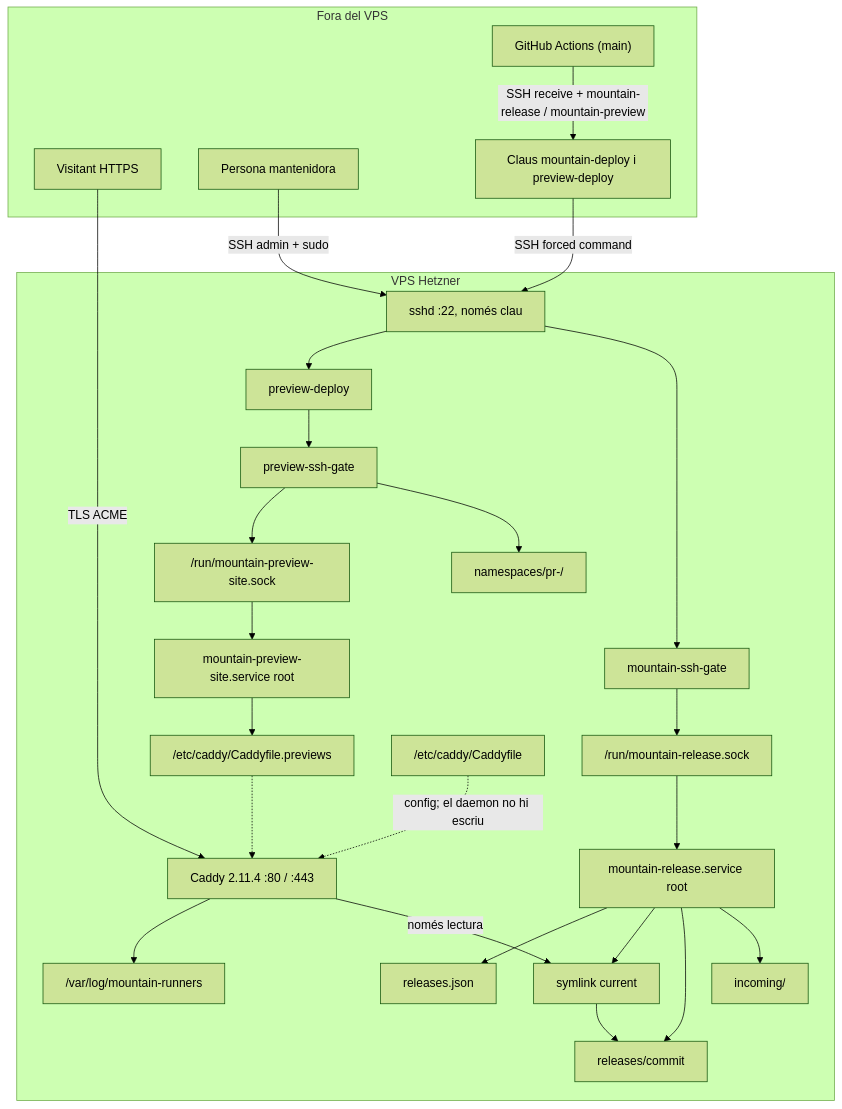
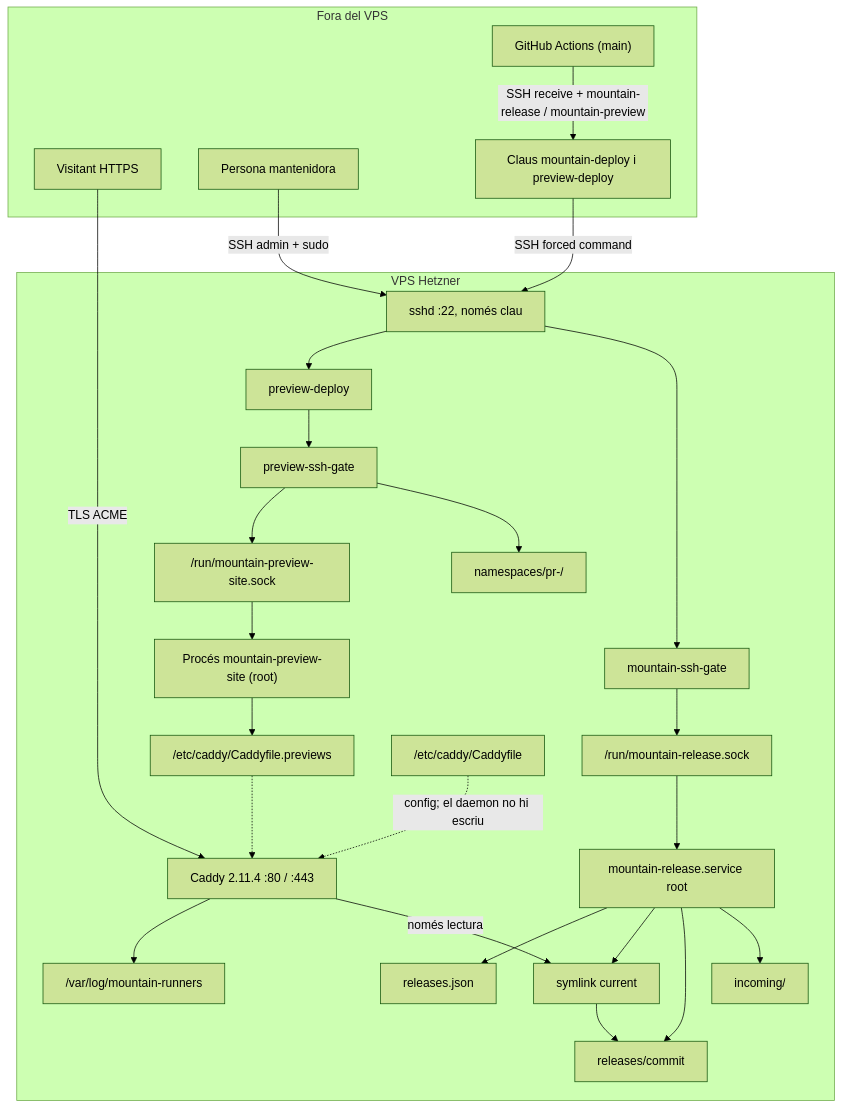
Before and after one commit to rboixaderg/mountain-runners: the first of 3 diagrams in docs/runbook.md, drawn with Mermaid (forest theme). The commit also changed other lines of this file and 22 other files, not shown here.

````diff
--- a/docs/runbook.md
+++ b/docs/runbook.md
@@ -73,52 +75,52 @@
 ```mermaid
 flowchart TB
   subgraph Fora["Fora del VPS"]
     Visitant["Visitant HTTPS"]
     Mantenidora["Persona mantenidora"]
     Actions["GitHub Actions (main)"]
     DeployKey["Claus mountain-deploy i preview-deploy"]
   end
 
   subgraph VPS["VPS Hetzner"]
     sshd["sshd :22, només clau"]
     Caddy["Caddy 2.11.4 :80 / :443"]
     Gate["mountain-ssh-gate"]
     Daemon["mountain-release.service root"]
     PreviewGate["preview-ssh-gate"]
     PreviewIdentity["preview-deploy"]
     PreviewNamespaces["namespaces/pr-<n>/"]
     PreviewSiteSock["/run/mountain-preview-site.sock"]
-    PreviewSiteDaemon["mountain-preview-site.service root"]
+    PreviewSiteProcess["Procés mountain-preview-site (root)"]
     PreviewCaddyfile["/etc/caddy/Caddyfile.previews"]
     Sock["/run/mountain-release.sock"]
     Current["symlink current"]
     Releases["releases/commit"]
     Incoming["incoming/"]
     Registry["releases.json"]
     Logs["/var/log/mountain-runners"]
     Caddyfile["/etc/caddy/Caddyfile"]
   end
 
   Visitant -->|"TLS ACME"| Caddy
   Caddy -->|"només lectura"| Current
   Current --> Releases
   Caddy --> Logs
   Caddyfile -.->|"config; el daemon no hi escriu"| Caddy
   Mantenidora -->|"SSH admin + sudo"| sshd
   Actions -->|"SSH receive + mountain-release / mountain-preview"| DeployKey
   DeployKey -->|"SSH forced command"| sshd
   sshd --> Gate
   sshd --> PreviewIdentity
   Gate --> Sock
   Sock --> Daemon
   Daemon --> Incoming
   Daemon --> Releases
   Daemon --> Current
   Daemon --> Registry
   PreviewIdentity --> PreviewGate
   PreviewGate --> PreviewNamespaces
   PreviewGate --> PreviewSiteSock
-  PreviewSiteSock --> PreviewSiteDaemon
-  PreviewSiteDaemon --> PreviewCaddyfile
+  PreviewSiteSock --> PreviewSiteProcess
+  PreviewSiteProcess --> PreviewCaddyfile
   PreviewCaddyfile -.-> Caddy
 ```
````
